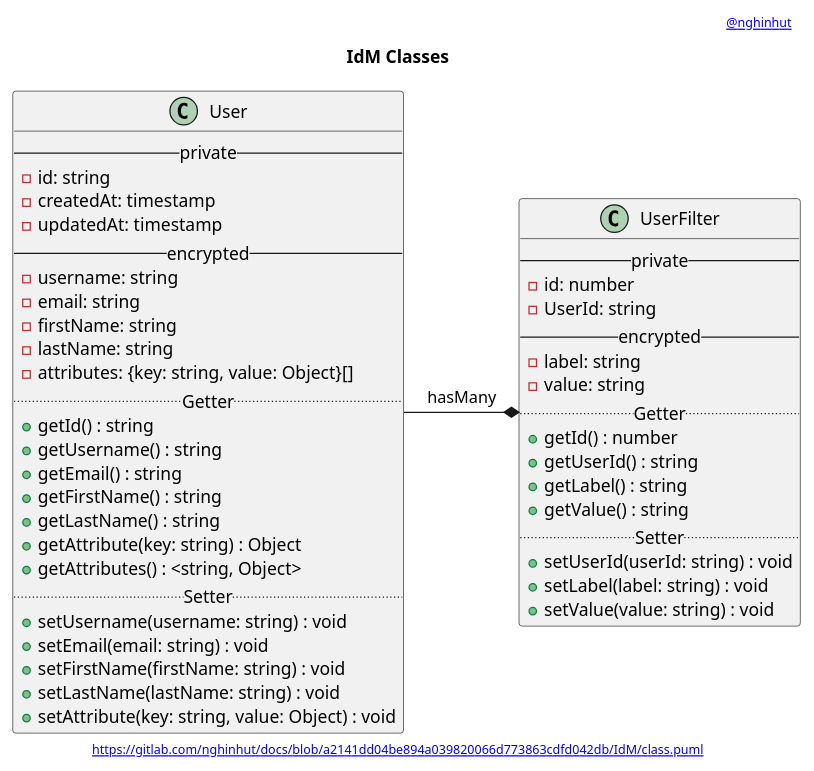
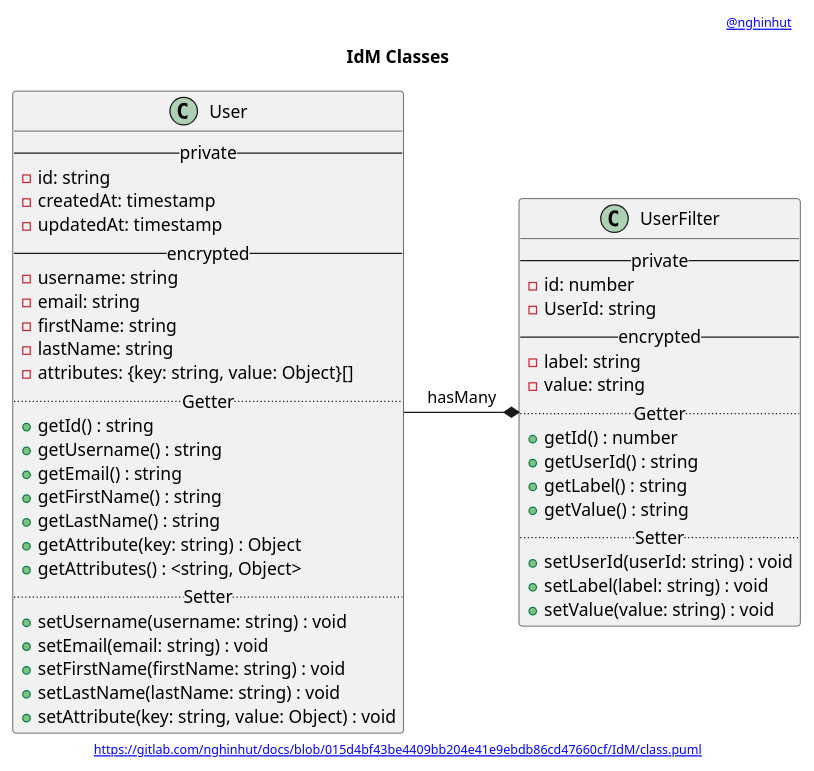
One commit to nghinhut/docs changed the diagram in IdM/class.puml. Above: the diagram before and after it, drawn with PlantUML. The commit also changed 20 other files, not shown here.

Commit message:
Update diagrams

```diff
--- a/IdM/class.puml
+++ b/IdM/class.puml
@@ -1,56 +1,56 @@
 @startuml
 '-----START auto generated metadata please keep comment here to allow auto update-----
 '-----DON'T EDIT THIS SECTION, INSTEAD RE-RUN prebuild.sh TO UPDATE-----
-header [[https://www.nghinhut.dev?from=http%5C%3A%5C%2F%5C%2Fwww%5C.plantuml%5C.com%5C%2Fplantuml%5C%2Fproxy%3Ffmt%3Dsvg%5C%26src%3Dhttps%5C%3A%5C%2F%5C%2Fgitlab%5C.com%5C%2Fnghinhut%5C%2Fdocs%5C%2Fraw%5C%2Fa2141dd04be894a039820066d773863cdfd042db%5C%2FIdM%5C%2Fclass%5C.puml%0A @nghinhut]]
-footer [[http://www.plantuml.com/plantuml/proxy?fmt=svg&src=https://gitlab.com/nghinhut/docs/raw/a2141dd04be894a039820066d773863cdfd042db/IdM/class.puml https://gitlab.com/nghinhut/docs/blob/a2141dd04be894a039820066d773863cdfd042db/IdM/class.puml]]
+header [[https://www.nghinhut.dev?from=http%5C%3A%5C%2F%5C%2Fwww%5C.plantuml%5C.com%5C%2Fplantuml%5C%2Fproxy%3Ffmt%3Dsvg%5C%26src%3Dhttps%5C%3A%5C%2F%5C%2Fgitlab%5C.com%5C%2Fnghinhut%5C%2Fdocs%5C%2Fraw%5C%2F015d4bf43be4409bb204e41e9ebdb86cd47660cf%5C%2FIdM%5C%2Fclass%5C.puml%0A @nghinhut]]
+footer [[http://www.plantuml.com/plantuml/proxy?fmt=svg&src=https://gitlab.com/nghinhut/docs/raw/015d4bf43be4409bb204e41e9ebdb86cd47660cf/IdM/class.puml https://gitlab.com/nghinhut/docs/blob/015d4bf43be4409bb204e41e9ebdb86cd47660cf/IdM/class.puml]]
 '-----END auto generated metadata please keep comment here to allow auto update-----
 title IdM Classes
 
 class "User" as user {
     -- private --
     - id: string
     - createdAt: timestamp
     - updatedAt: timestamp
     -- encrypted --
     - username: string
     - email: string
     - firstName: string
     - lastName: string
     - attributes: {key: string, value: Object}[]
     .. Getter ..
     + getId() : string
     + getUsername() : string
     + getEmail() : string
     + getFirstName() : string
     + getLastName() : string
     + getAttribute(key: string) : Object
     + getAttributes() : <string, Object>
     .. Setter ..
     + setUsername(username: string) : void
     + setEmail(email: string) : void
     + setFirstName(firstName: string) : void
     + setLastName(lastName: string) : void
     + setAttribute(key: string, value: Object) : void
 }
 
 class "UserFilter" as user_filter {
     -- private --
     - id: number
     - UserId: string
     -- encrypted --
     - label: string
     - value: string
     .. Getter ..
     + getId() : number
     + getUserId() : string
     + getLabel() : string
     + getValue() : string
     .. Setter ..
     + setUserId(userId: string) : void
     + setLabel(label: string) : void
     + setValue(value: string) : void
 }
 
 user -* user_filter : hasMany
 
 @enduml
```
